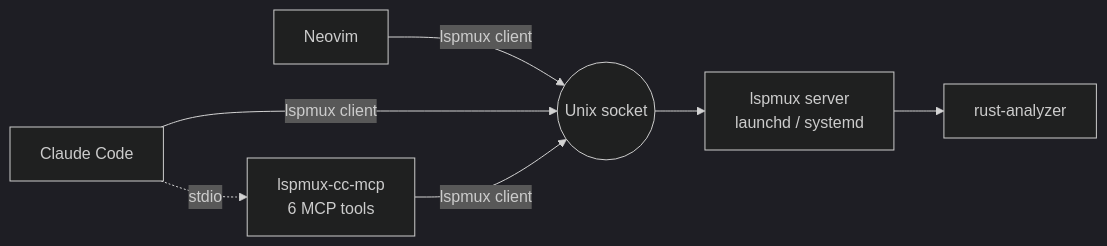
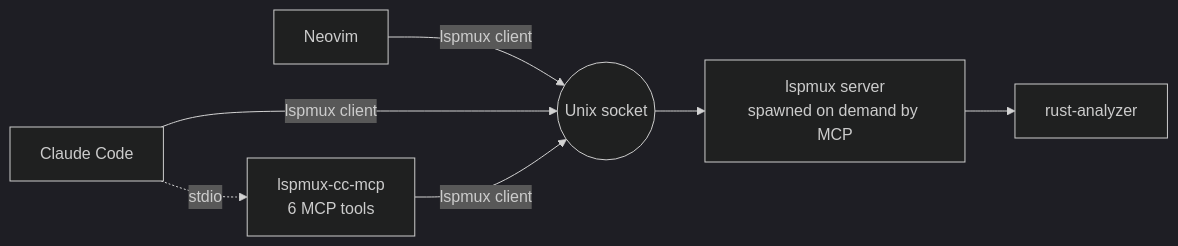
Before and after one commit to billf/lspmux-cc: the diagram in README.md, drawn with Mermaid (dark theme). The commit also changed other lines of this file and 12 other files, not shown here.

````diff
--- a/README.md
+++ b/README.md
@@ -9,9 +9,9 @@
 ```mermaid
 graph LR
     NV[Neovim] -- lspmux client --> S
     CC[Claude Code] -- lspmux client --> S
     CC -. stdio .-> MCP[lspmux-cc-mcp<br/>6 MCP tools]
     MCP -- lspmux client --> S
-    S((Unix socket)) --> LS[lspmux server<br/>launchd / systemd]
+    S((Unix socket)) --> LS[lspmux server<br/>spawned on demand by MCP]
     LS --> RA[rust-analyzer]
 ```
````
